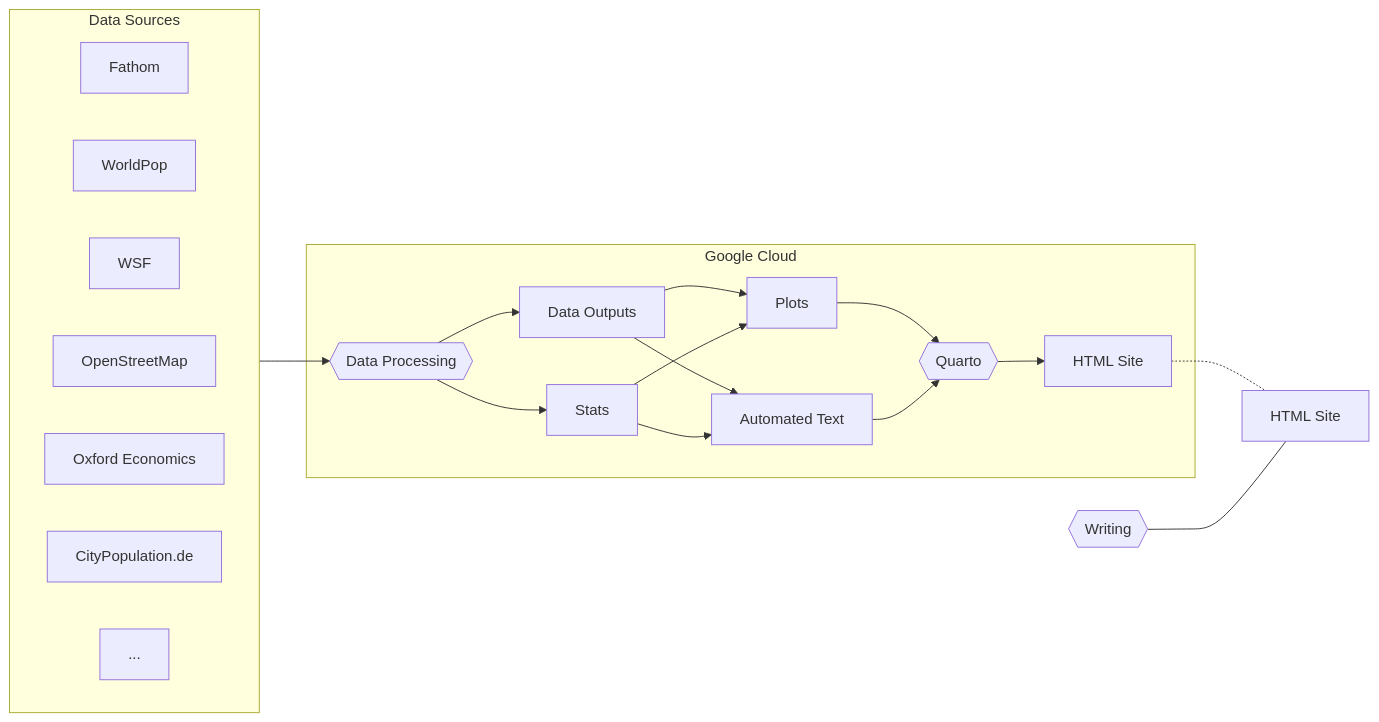
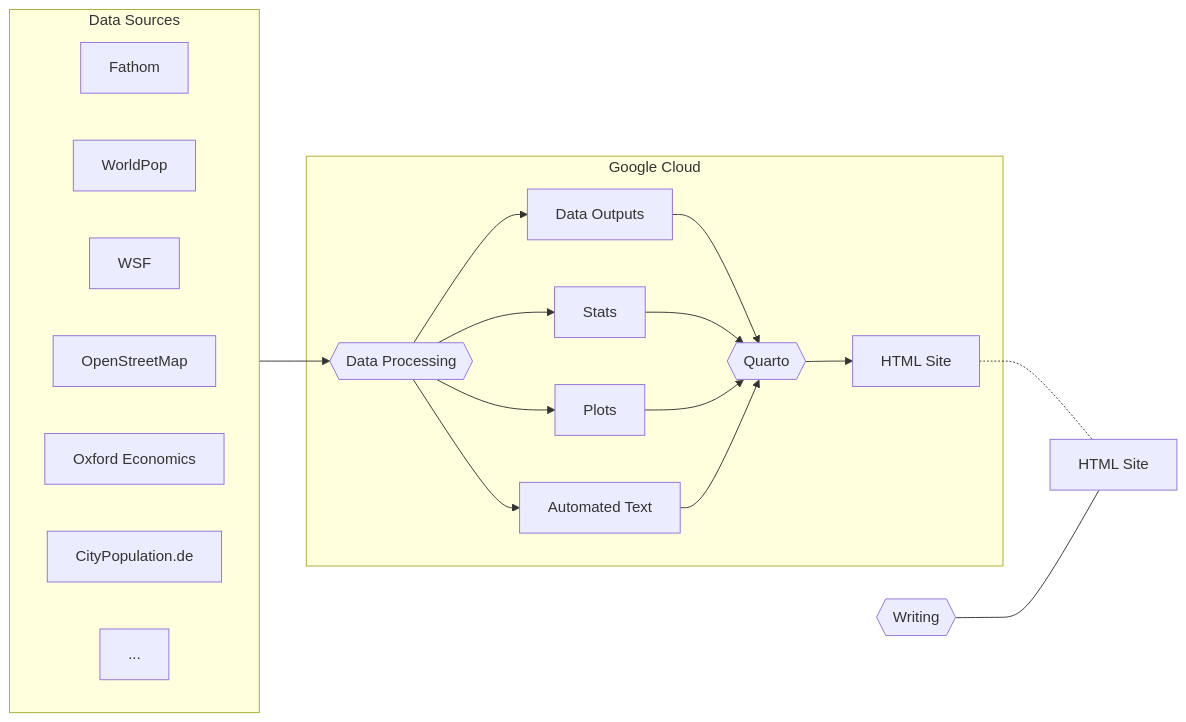
One commit to rosemaryturtle/city-scan-automation changed the second of 2 diagrams in README.md. Above: the diagram before and after it, drawn with Mermaid.

````diff
--- a/README.md
+++ b/README.md
@@ -98,28 +98,28 @@
 ```mermaid
 flowchart LR
 	subgraph data[Data Sources]
 		direction LR
 		Fathom
 		WorldPop
 		WSF
 		osm[OpenStreetMap]
 		ox[Oxford Economics]
 		citypop[CityPopulation.de]
 		other[...]
 	end
 	data --> rastering
 	subgraph gcce[Google Cloud]
 		rastering{{Data Processing}}
 		rastering --> data_outputs[Data Outputs]
 		rastering --> Stats
-		data_outputs --> Plots
-		Stats --> Plots
-		data_outputs --> auto_text[Automated Text]
-		Stats --> auto_text
-		Plots --> quarto{{Quarto}}
+		rastering --> Plots
+		rastering --> auto_text[Automated Text]
+		data_outputs --> quarto{{Quarto}}
+		Stats --> quarto
+		Plots --> quarto
 		auto_text --> quarto
 		quarto --> html_internal[HTML Site]
 	end
 	html_internal[HTML Site] -.- html_external[HTML Site]
 	writing{{Writing}} --- html_external[HTML Site]
 ```
````
